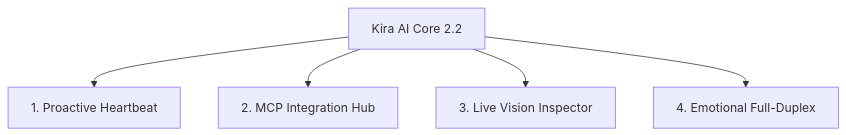
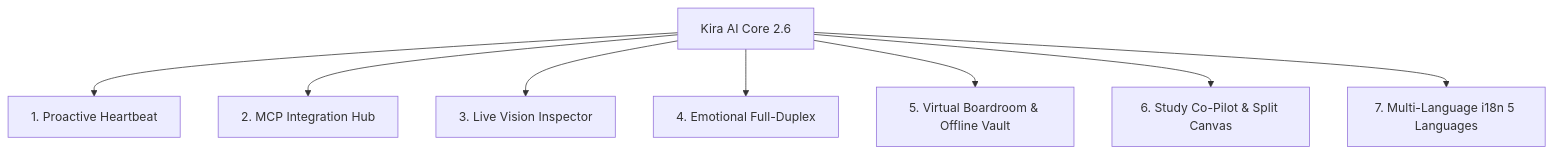
One commit to StarlightZipX/kira-public-engine changed the diagram in PROJECT_CONTEXT.md. Above: the diagram before and after it, drawn with Mermaid. The commit also changed other lines of this file and 2 other files, not shown here.

Commit message:
fix(system): update all legacy 2.1/2.2/2.5 references to Kira 2.6 across backend router, memory triggers, prompts, and config

````diff
--- a/PROJECT_CONTEXT.md
+++ b/PROJECT_CONTEXT.md
@@ -53,7 +53,10 @@
 ```mermaid
 graph TD
-    Kira[Kira AI Core 2.2] --> P1[1. Proactive Heartbeat]
+    Kira[Kira AI Core 2.6] --> P1[1. Proactive Heartbeat]
     Kira --> P2[2. MCP Integration Hub]
     Kira --> P3[3. Live Vision Inspector]
     Kira --> P4[4. Emotional Full-Duplex]
+    Kira --> P5[5. Virtual Boardroom & Offline Vault]
+    Kira --> P6[6. Study Co-Pilot & Split Canvas]
+    Kira --> P7[7. Multi-Language i18n 5 Languages]
 ```
````
